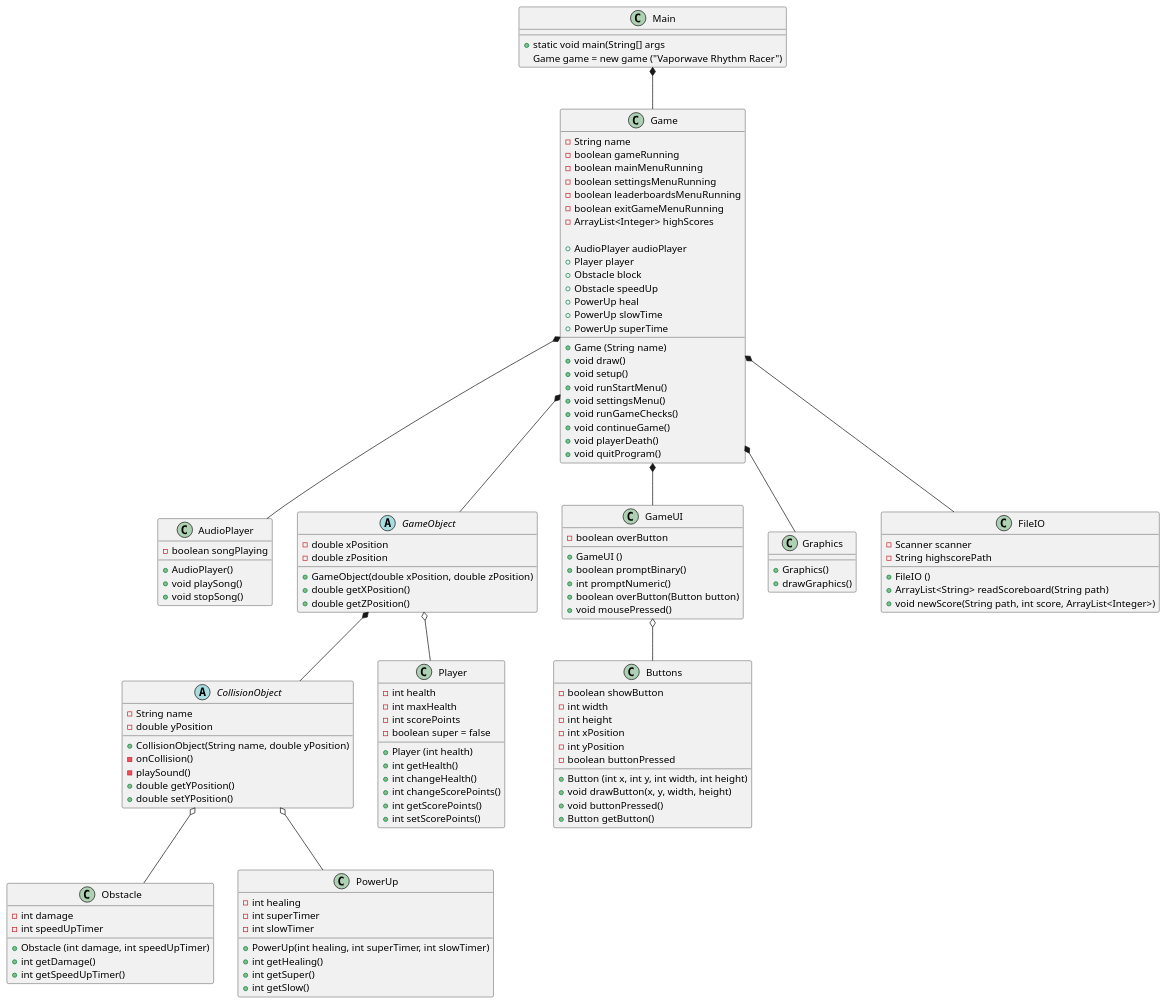
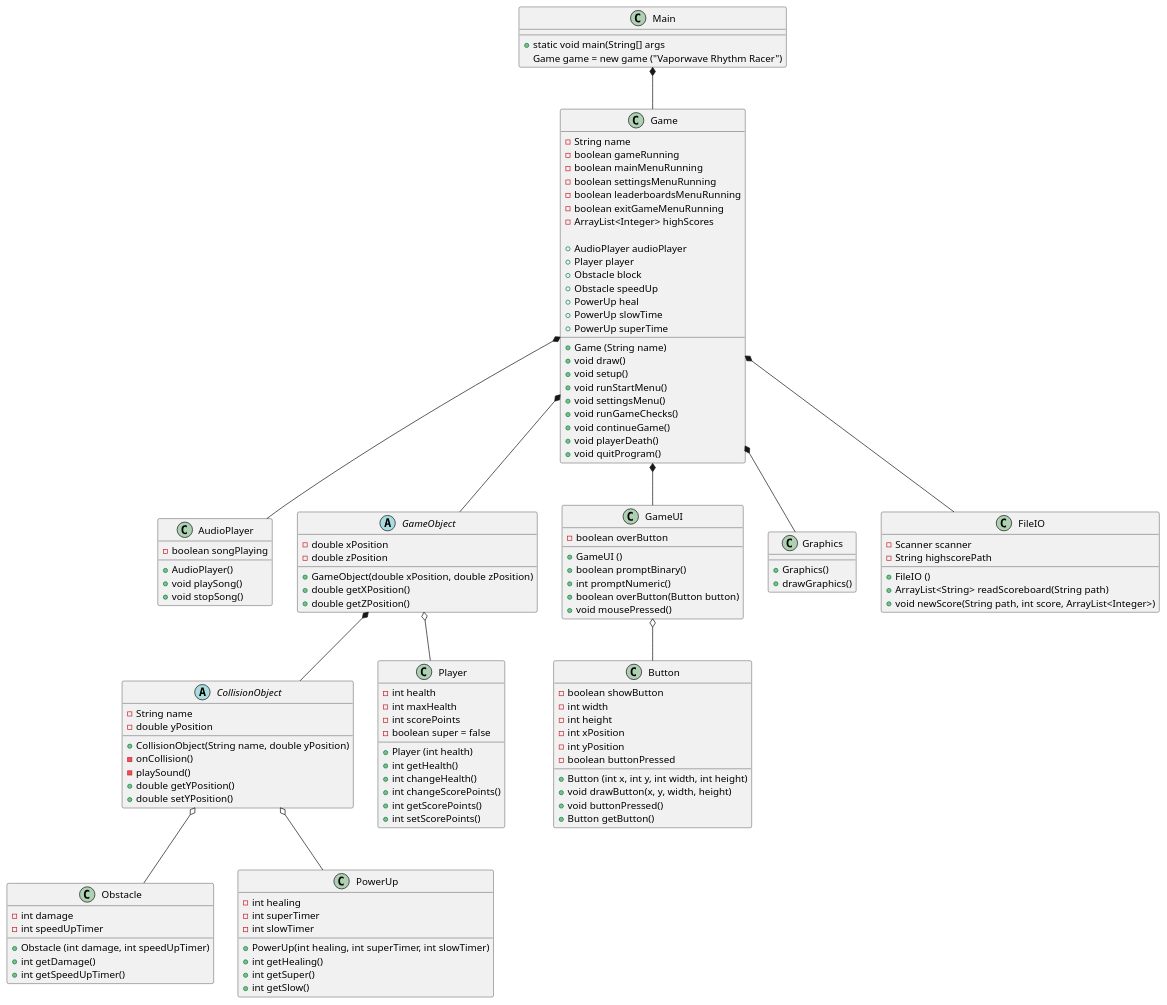
Before and after one commit to Gervig/Vaporwave-Rhythm-Racer: the diagram in doc/Plan/static/classdiagram.puml, drawn with PlantUML. The commit also changed 8 other files, not shown here.

```diff
--- a/doc/Plan/static/classdiagram.puml
+++ b/doc/Plan/static/classdiagram.puml
@@ -1,177 +1,177 @@
 @startuml
 'https://plantuml.com/class-diagram
 
 class Main {
 + static void main(String[] args
 Game game = new game ("Vaporwave Rhythm Racer")
 }
 
 class Game {
 - String name
 - boolean gameRunning
 - boolean mainMenuRunning
 - boolean settingsMenuRunning
 - boolean leaderboardsMenuRunning
 - boolean exitGameMenuRunning
 'maybe use tree map
 - ArrayList<Integer> highScores
 
 'objects
 + AudioPlayer audioPlayer
 + Player player
 + Obstacle block
 + Obstacle speedUp
 + PowerUp heal
 + PowerUp slowTime
 + PowerUp superTime
 
 
 'constructor
 + Game (String name)
 + void draw()
 + void setup()
 + void runStartMenu()
 + void settingsMenu()
 'checks for player collisions
 + void runGameChecks()
 + void continueGame()
 + void playerDeath()
 + void quitProgram()
 }
 
 'extra feature for later
 class AudioPlayer{
 - boolean songPlaying
 
 'constructor
 + AudioPlayer()
 + void playSong()
 + void stopSong()
 }
 
 'creates different obstacles
 abstract class GameObject{
 - double xPosition
 - double zPosition
 
 'constructor
 + GameObject(double xPosition, double zPosition)
 + double getXPosition()
 + double getZPosition()
 }
 
 abstract class CollisionObject{
 - String name
 - double yPosition
 
 'constructor
 + CollisionObject(String name, double yPosition)
 - onCollision()
 - playSound()
 + double getYPosition()
 + double setYPosition()
 }
 
 'handles the player's input
 class Player{
 - int health
 - int maxHealth
 - int scorePoints
 - boolean super = false
 
 'constructor, set players health to 3 or w/e we want in the constructor & maxHealth
 + Player (int health)
 + int getHealth()
 + int changeHealth()
 + int changeScorePoints()
 + int getScorePoints()
 + int setScorePoints()
 }
 
 class Obstacle{
 - int damage
 - int speedUpTimer
 
 'constructor
 + Obstacle (int damage, int speedUpTimer)
 + int getDamage()
 + int getSpeedUpTimer()
 '- boolean moreObstacles    adds more obstacles to the game for a short time
 '- int moreObstaclesTimer
 '- boolean hacked   add stuff to the screen that makes it hard to see the game
 '- int hackedTimer
 }
 
 class PowerUp{
 - int healing
 - int superTimer
 - int slowTimer
 
 'constructor
 + PowerUp(int healing, int superTimer, int slowTimer)
 + int getHealing()
 + int getSuper()
 + int getSlow()
 }
 
 
 'creates buttons and general UI for the user to interact with
 class GameUI{
 - boolean overButton
 
 'constructor
 + GameUI ()
 + boolean promptBinary()
 + int promptNumeric()
 + boolean overButton(Button button)
 + void mousePressed()
 '+ void createSlider()      check processing "Handles" example
 }
 
-class Buttons{
+class Button{
 - boolean showButton
 - int width
 - int height
 - int xPosition
 - int yPosition
 - boolean buttonPressed
 
 'constructor
 + Button (int x, int y, int width, int height)
 + void drawButton(x, y, width, height)
 + void buttonPressed()
 + Button getButton()
 }
 
 class Graphics{
 
 'constructor
 + Graphics()
 + drawGraphics()
 }
 
 'handles highscores
 class FileIO{
 - Scanner scanner
 - String highscorePath
 
 'constructor
 + FileIO ()
 ' use treeMap to sort list, so that the highest highscore gets displayed in the top
 + ArrayList<String> readScoreboard(String path)
 + void newScore(String path, int score, ArrayList<Integer>)
 }
 
 Main *-- Game
 Game *-- FileIO
 Game *-- GameUI
 Game *-- GameObject
 Game *-- Graphics
 Game *-- AudioPlayer
 GameObject o-- Player
 GameObject *-- CollisionObject
 CollisionObject o-- Obstacle
 CollisionObject o-- PowerUp
-GameUI o-- Buttons
+GameUI o-- Button
 
 @enduml
```
